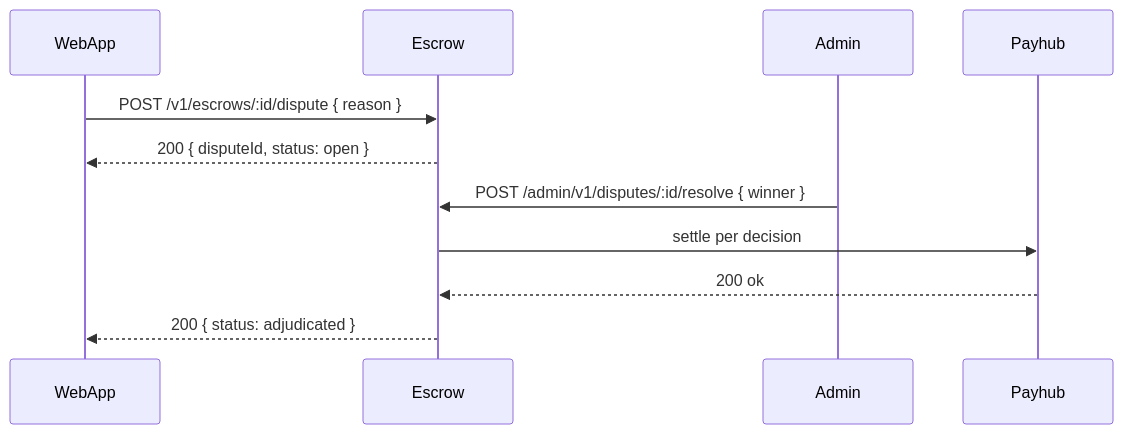
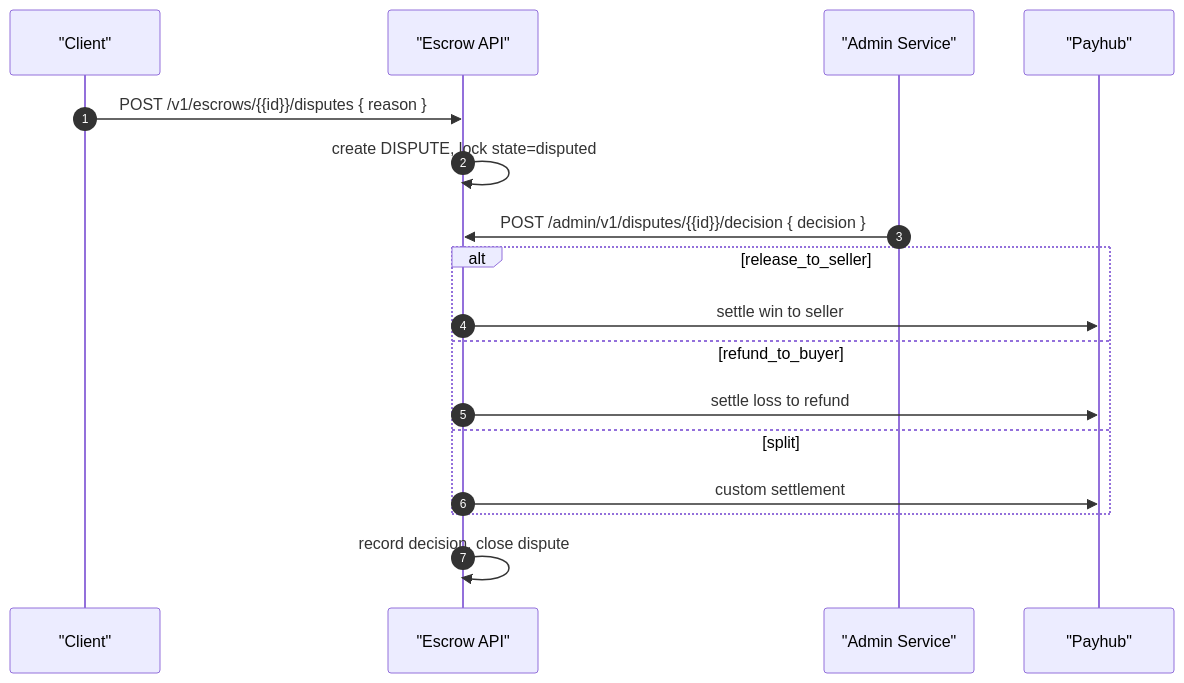
Before and after one commit to fuzeac/fuze-telegram-mini-app: the fourth of 4 diagrams in miniapp-escrow-service.md, drawn with Mermaid. The commit also changed other lines of this file, not shown here.

````diff
--- a/miniapp-escrow-service.md
+++ b/miniapp-escrow-service.md
@@ -136,13 +144,19 @@
 ```mermaid
 sequenceDiagram
-participant UI as WebApp
-participant ESC as Escrow
-participant ADM as Admin
-participant PAY as Payhub
-UI->>ESC: POST /v1/escrows/:id/dispute { reason }
-ESC-->>UI: 200 { disputeId, status: open }
-ADM->>ESC: POST /admin/v1/disputes/:id/resolve { winner }
-ESC->>PAY: settle per decision
-PAY-->>ESC: 200 ok
-ESC-->>UI: 200 { status: adjudicated }
+  autonumber
+  participant UI as "Client"
+  participant ES as "Escrow API"
+  participant AD as "Admin Service"
+  participant PAY as "Payhub"
+  UI->>ES: POST /v1/escrows/{{id}}/disputes { reason }
+  ES->>ES: create DISPUTE, lock state=disputed
+  AD->>ES: POST /admin/v1/disputes/{{id}}/decision { decision }
+  alt release_to_seller
+    ES->>PAY: settle win to seller
+  else refund_to_buyer
+    ES->>PAY: settle loss to refund
+  else split
+    ES->>PAY: custom settlement
+  end
+  ES->>ES: record decision, close dispute
 ```
````
